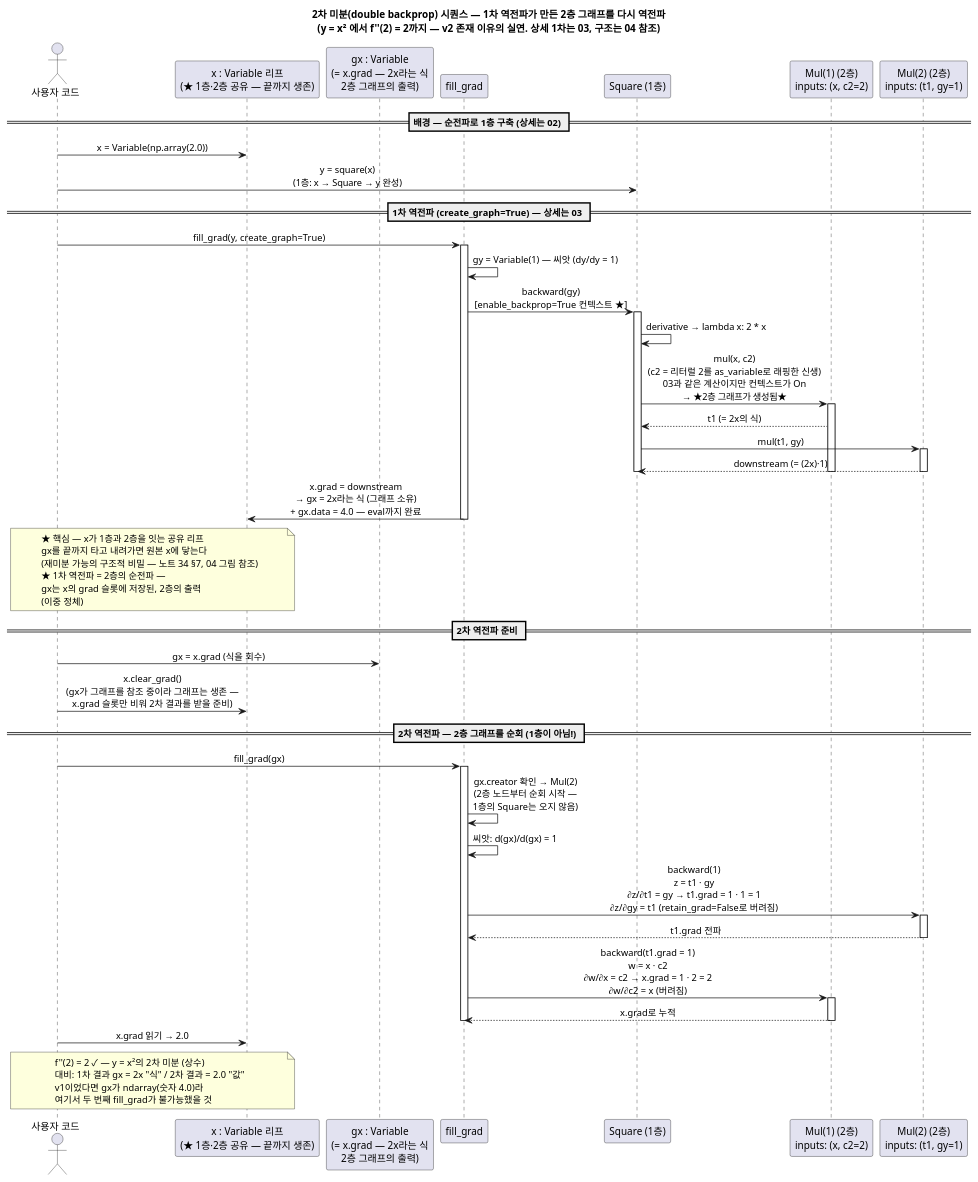
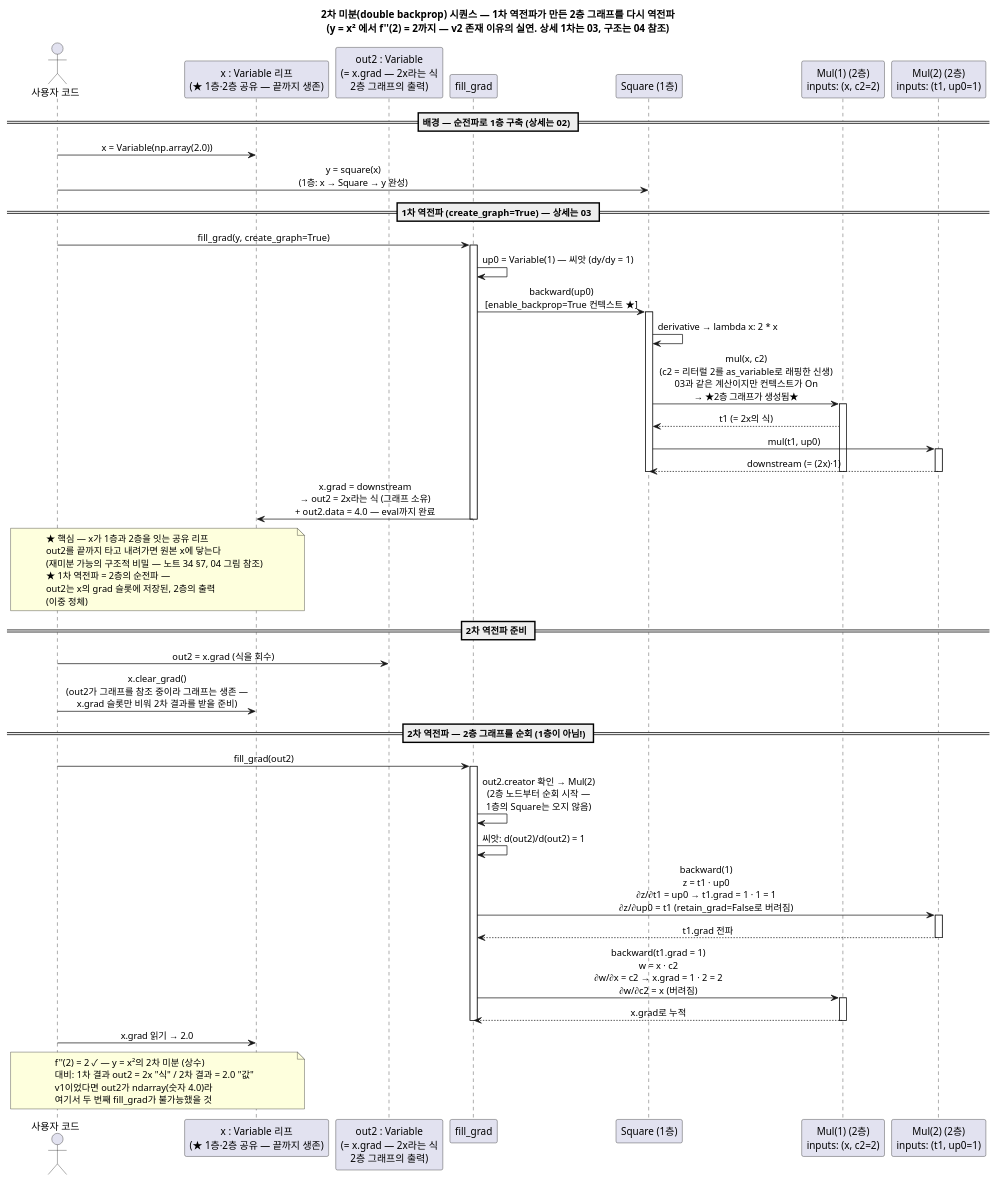
Before and after one commit to ghjang/deep-learning-from-scratch-3: the diagram in notes/diagrams/v2/05_double_backprop_sequence.puml, drawn with PlantUML. The commit also changed 4 other files, not shown here.

First line of the commit message:
docs(diagrams): 04~06 dezero 표기(gx/gy)를 rezero 표기로 개명 + 일관성 점검

```diff
--- a/notes/diagrams/v2/05_double_backprop_sequence.puml
+++ b/notes/diagrams/v2/05_double_backprop_sequence.puml
@@ -1,80 +1,80 @@
 @startuml 05_double_backprop_sequence
 title 2차 미분(double backprop) 시퀀스 — 1차 역전파가 만든 2층 그래프를 다시 역전파\n(y = x² 에서 f''(2) = 2까지 — v2 존재 이유의 실연. 상세 1차는 03, 구조는 04 참조)
 
 skinparam shadowing false
 skinparam sequenceMessageAlign center
 
 actor "사용자 코드" as User
 participant "x : Variable 리프\n(★ 1층·2층 공유 — 끝까지 생존)" as X
-participant "gx : Variable\n(= x.grad — 2x라는 식\n2층 그래프의 출력)" as GX
+participant "out2 : Variable\n(= x.grad — 2x라는 식\n2층 그래프의 출력)" as GX
 participant "fill_grad" as FG
 participant "Square (1층)" as SQ
 participant "Mul(1) (2층)\ninputs: (x, c2=2)" as M1
-participant "Mul(2) (2층)\ninputs: (t1, gy=1)" as M2
+participant "Mul(2) (2층)\ninputs: (t1, up0=1)" as M2
 
 == 배경 — 순전파로 1층 구축 (상세는 02) ==
 
 User -> X : x = Variable(np.array(2.0))
 User -> SQ : y = square(x)\n(1층: x → Square → y 완성)
 
 == 1차 역전파 (create_graph=True) — 상세는 03 ==
 
 User -> FG : fill_grad(y, create_graph=True)
 activate FG
-FG -> FG : gy = Variable(1) — 씨앗 (dy/dy = 1)
-FG -> SQ : backward(gy)\n[enable_backprop=True 컨텍스트 ★]
+FG -> FG : up0 = Variable(1) — 씨앗 (dy/dy = 1)
+FG -> SQ : backward(up0)\n[enable_backprop=True 컨텍스트 ★]
 activate SQ
 SQ -> SQ : derivative → lambda x: 2 * x
 SQ -> M1 : mul(x, c2)\n(c2 = 리터럴 2를 as_variable로 래핑한 신생)\n03과 같은 계산이지만 컨텍스트가 On\n→ ★2층 그래프가 생성됨★
 activate M1
 M1 --> SQ : t1 (= 2x의 식)
-SQ -> M2 : mul(t1, gy)
+SQ -> M2 : mul(t1, up0)
 activate M2
 M2 --> SQ : downstream (= (2x)·1)
 deactivate SQ
 deactivate M1
 deactivate M2
-FG -> X : x.grad = downstream\n→ gx = 2x라는 식 (그래프 소유)\n+ gx.data = 4.0 — eval까지 완료
+FG -> X : x.grad = downstream\n→ out2 = 2x라는 식 (그래프 소유)\n+ out2.data = 4.0 — eval까지 완료
 deactivate FG
 
 note over User, X
   ★ 핵심 — x가 1층과 2층을 잇는 공유 리프
-  gx를 끝까지 타고 내려가면 원본 x에 닿는다
+  out2를 끝까지 타고 내려가면 원본 x에 닿는다
   (재미분 가능의 구조적 비밀 — 노트 34 §7, 04 그림 참조)
   ★ 1차 역전파 = 2층의 순전파 —
-  gx는 x의 grad 슬롯에 저장된, 2층의 출력
+  out2는 x의 grad 슬롯에 저장된, 2층의 출력
   (이중 정체)
 end note
 
 == 2차 역전파 준비 ==
 
-User -> GX : gx = x.grad (식을 회수)
-User -> X : x.clear_grad()\n(gx가 그래프를 참조 중이라 그래프는 생존 —\nx.grad 슬롯만 비워 2차 결과를 받을 준비)
+User -> GX : out2 = x.grad (식을 회수)
+User -> X : x.clear_grad()\n(out2가 그래프를 참조 중이라 그래프는 생존 —\nx.grad 슬롯만 비워 2차 결과를 받을 준비)
 
 == 2차 역전파 — 2층 그래프를 순회 (1층이 아님!) ==
 
-User -> FG : fill_grad(gx)
+User -> FG : fill_grad(out2)
 activate FG
-FG -> FG : gx.creator 확인 → Mul(2)\n(2층 노드부터 순회 시작 —\n1층의 Square는 오지 않음)
-FG -> FG : 씨앗: d(gx)/d(gx) = 1
+FG -> FG : out2.creator 확인 → Mul(2)\n(2층 노드부터 순회 시작 —\n1층의 Square는 오지 않음)
+FG -> FG : 씨앗: d(out2)/d(out2) = 1
 
-FG -> M2 : backward(1)\nz = t1 · gy\n∂z/∂t1 = gy → t1.grad = 1 · 1 = 1\n∂z/∂gy = t1 (retain_grad=False로 버려짐)
+FG -> M2 : backward(1)\nz = t1 · up0\n∂z/∂t1 = up0 → t1.grad = 1 · 1 = 1\n∂z/∂up0 = t1 (retain_grad=False로 버려짐)
 activate M2
 M2 --> FG : t1.grad 전파
 deactivate M2
 
 FG -> M1 : backward(t1.grad = 1)\nw = x · c2\n∂w/∂x = c2 → x.grad = 1 · 2 = 2\n∂w/∂c2 = x (버려짐)
 activate M1
 M1 --> FG : x.grad로 누적
 deactivate M1
 deactivate FG
 
 User -> X : x.grad 읽기 → 2.0
 
 note over User, X
   f''(2) = 2 ✓ — y = x²의 2차 미분 (상수)
-  대비: 1차 결과 gx = 2x "식" / 2차 결과 = 2.0 "값"
-  v1이었다면 gx가 ndarray(숫자 4.0)라
+  대비: 1차 결과 out2 = 2x "식" / 2차 결과 = 2.0 "값"
+  v1이었다면 out2가 ndarray(숫자 4.0)라
   여기서 두 번째 fill_grad가 불가능했을 것
 end note
 @enduml
```
